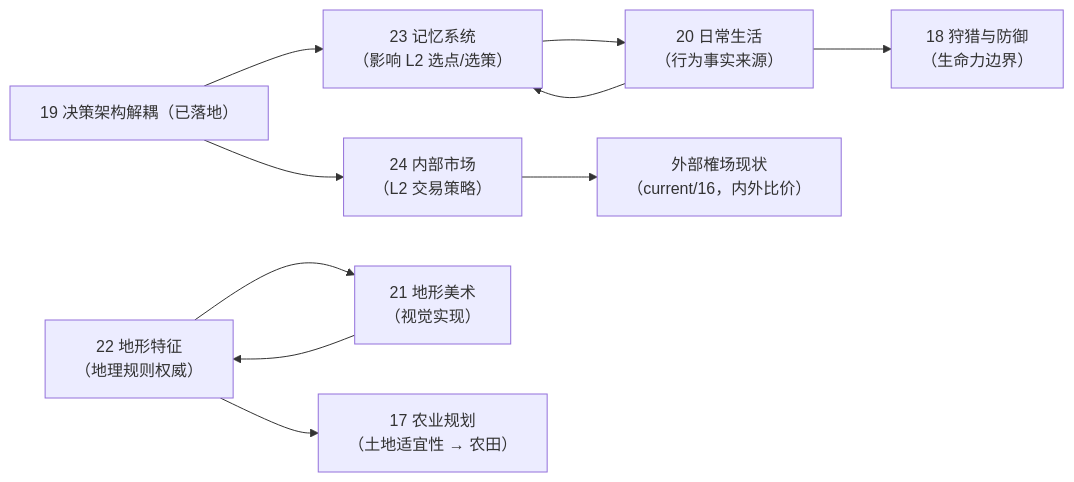
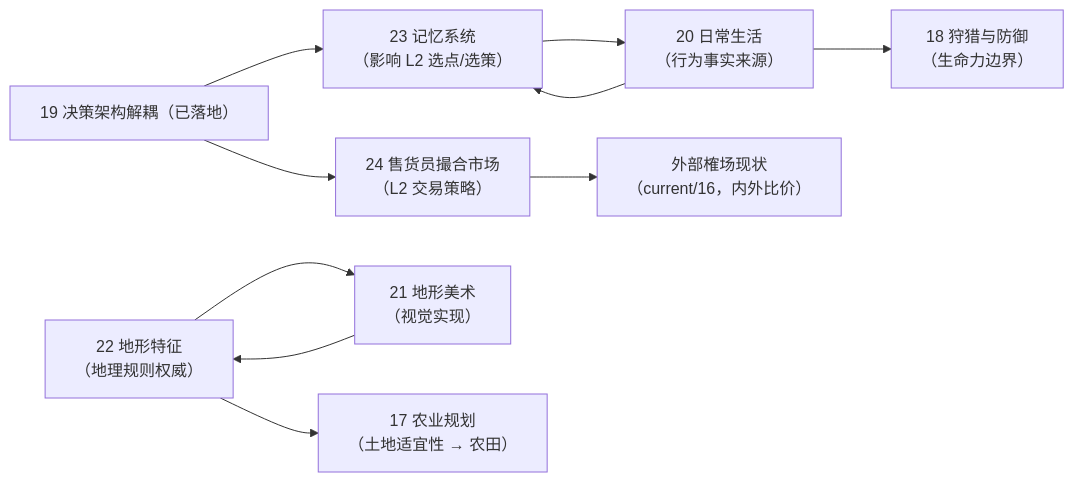
Before and after one commit to g39088902/FlowAndAccord: the diagram in docs/11-plan.md, drawn with Mermaid. The commit also changed 7 other files, not shown here.

````diff
--- a/docs/11-plan.md
+++ b/docs/11-plan.md
@@ -607,12 +607,12 @@
 ```mermaid
 graph LR
     A["19 决策架构解耦（已落地）"] --> B["23 记忆系统<br>（影响 L2 选点/选策）"]
-    A --> H["24 内部市场<br>（L2 交易策略）"]
+    A --> H["24 售货员撮合市场<br>（L2 交易策略）"]
     C["20 日常生活<br>（行为事实来源）"] --> B
     D["22 地形特征<br>（地理规则权威）"] --> E["21 地形美术<br>（视觉实现）"]
     E --> D
     D --> F["17 农业规划<br>（土地适宜性 → 农田）"]
     C --> G["18 狩猎与防御<br>（生命力边界）"]
     B --> C
     H --> I["外部榷场现状<br>（current/16，内外比价）"]
 ```
````
